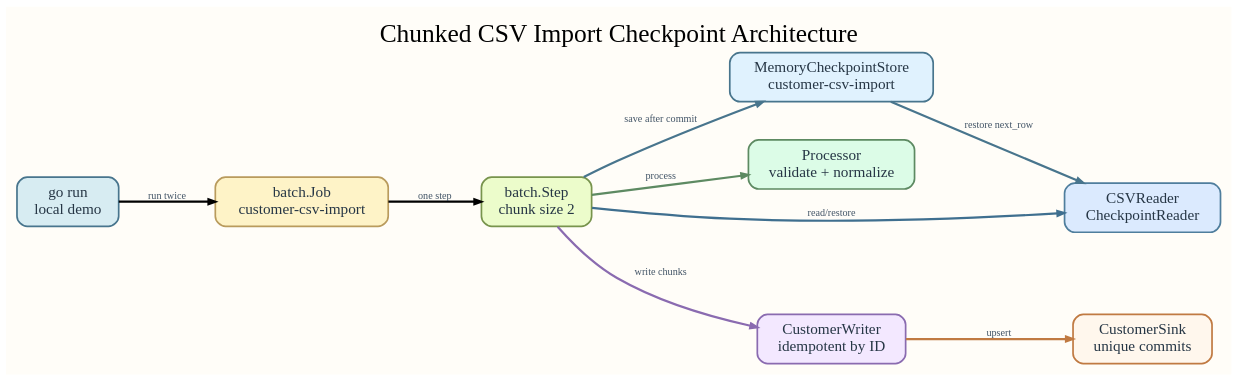
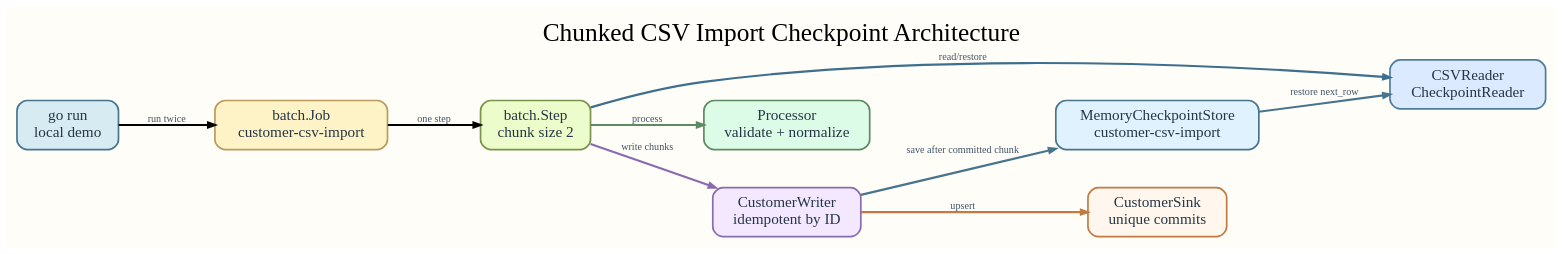
Before and after one commit to bluetape4k/bluetape-go-workshop: the diagram in docs/images/readme-diagrams/chunked-csv-import-checkpoint-architecture.dot, drawn with Graphviz. The commit also changed 6 other files, not shown here.

First line of the commit message:
Clarify checkpoint persistence route in CSV architecture diagram

```diff
--- a/docs/images/readme-diagrams/chunked-csv-import-checkpoint-architecture.dot
+++ b/docs/images/readme-diagrams/chunked-csv-import-checkpoint-architecture.dot
@@ -1,21 +1,21 @@
 digraph G {
   graph [rankdir=LR, bgcolor="#fffdf8", margin=0.18, pad=0.18, nodesep=0.62, ranksep=0.82, splines=true, overlap=false, fontname="Architects Daughter", label="Chunked CSV Import Checkpoint Architecture", labelloc=t, fontsize=30];
   node [shape=rect, style="rounded,filled", penwidth=2, fontname="Architects Daughter", fontsize=18, color="#64748b", fontcolor="#263645", margin="0.18,0.12"];
   edge [penwidth=2.6, arrowsize=0.8, fontname="Comic Mono", fontsize=12, fontcolor="#425466"];
   cli [label="go run\nlocal demo", fillcolor="#d7ecf2", color="#48758d"];
   job [label="batch.Job\ncustomer-csv-import", fillcolor="#fef3c7", color="#b99b5d"];
   step [label="batch.Step\nchunk size 2", fillcolor="#ecfccb", color="#78944d"];
   reader [label="CSVReader\nCheckpointReader", fillcolor="#dbeafe", color="#4f7e9d"];
   processor [label="Processor\nvalidate + normalize", fillcolor="#dcfce7", color="#5d8a62"];
   writer [label="CustomerWriter\nidempotent by ID", fillcolor="#f3e8ff", color="#8a6bb0"];
   store [label="MemoryCheckpointStore\ncustomer-csv-import", fillcolor="#e0f2fe", color="#48758d"];
   sink [label="CustomerSink\nunique commits", fillcolor="#fff7ed", color="#c07a42"];
   cli -> job [label="run twice"];
   job -> step [label="one step"];
   step -> reader [label="read/restore", color="#3f6f8f"];
   step -> processor [label="process", color="#5d8a62"];
   step -> writer [label="write chunks", color="#8a6bb0"];
-  step -> store [label="save after commit", color="#48758d"];
+  writer -> store [label="save after committed chunk", color="#48758d"];
   writer -> sink [label="upsert", color="#c07a42"];
   store -> reader [label="restore next_row", color="#48758d"];
 }
```
